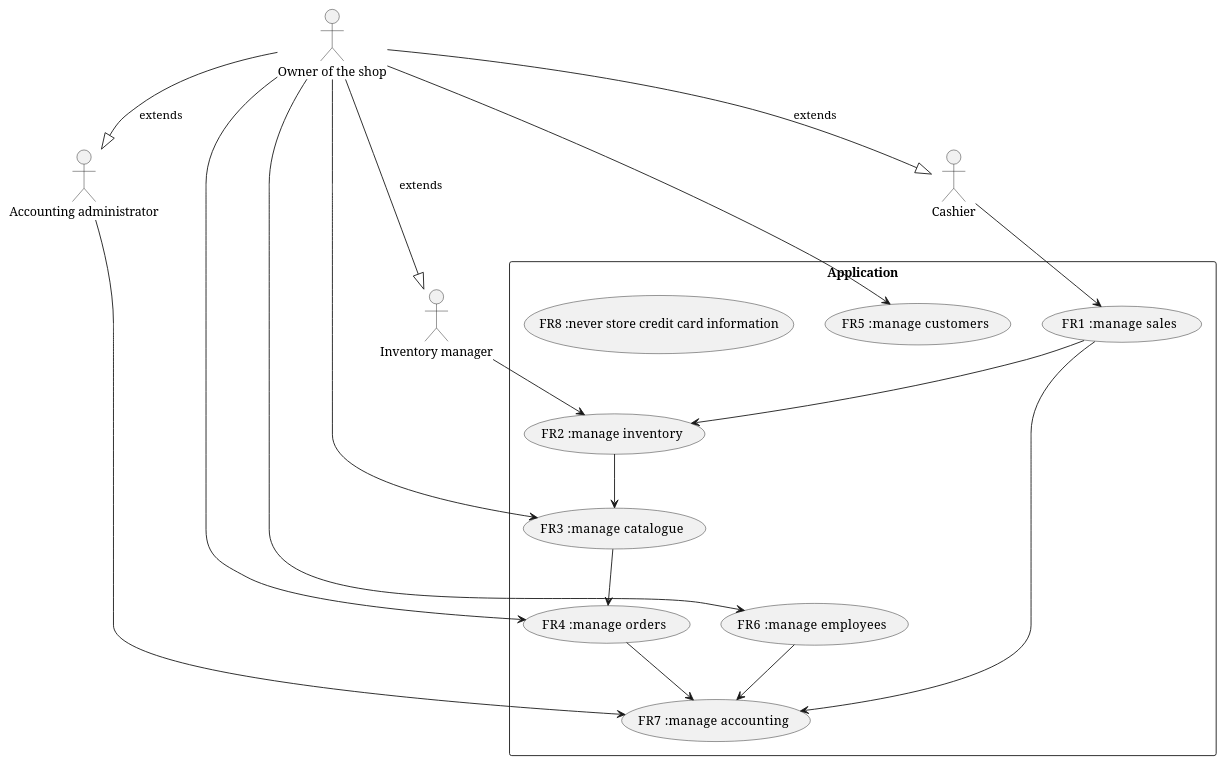
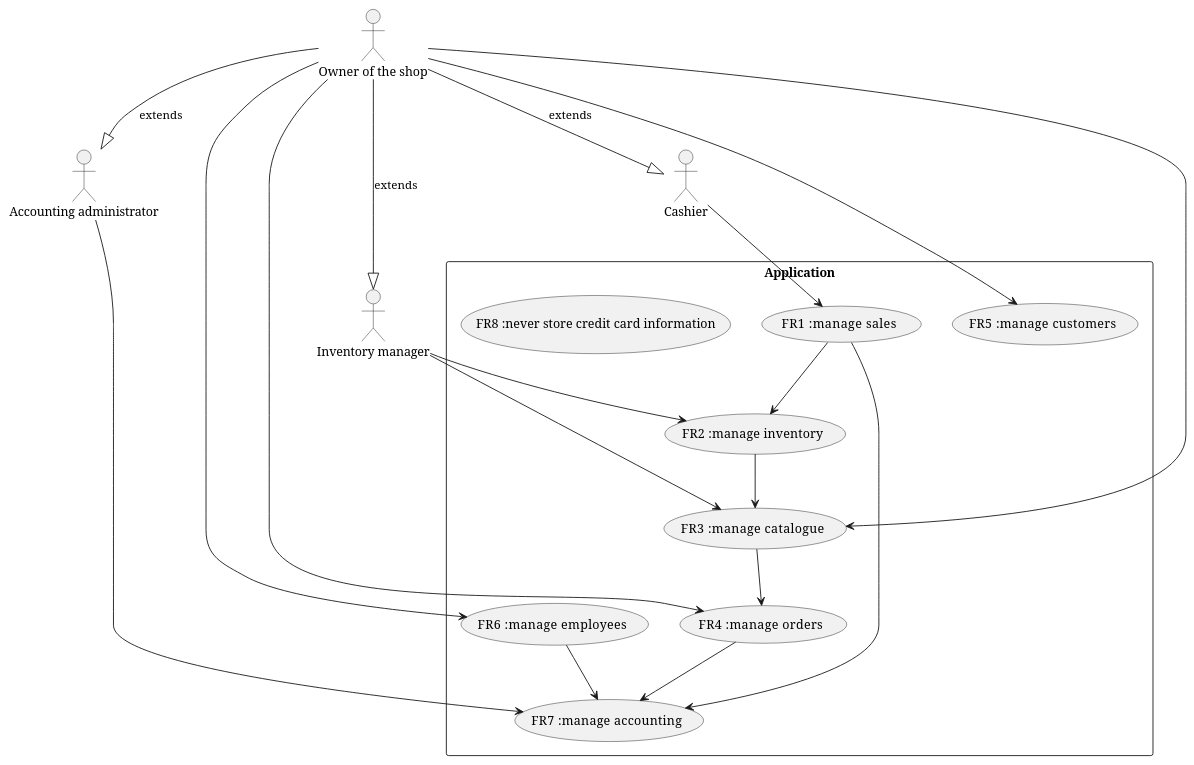
Before and after one commit to b3xul/ezshop: the second of 4 diagrams in Deliverables/RequirementsDocument.md, drawn with PlantUML. The commit also changed other lines of this file, not shown here.

````diff
--- a/Deliverables/RequirementsDocument.md
+++ b/Deliverables/RequirementsDocument.md
@@ -175,32 +174,33 @@
 ```plantuml
 @startuml
 rectangle Application {
 (FR1   :manage sales)
 (FR2   :manage inventory)
 (FR3   :manage catalogue)
 (FR4   :manage orders)
 (FR5   :manage customers)
 (FR6   :manage employees)
 (FR7   :manage accounting)
 (FR8   :never store credit card information)
 }
 
 :Owner of the shop: --|> :Cashier: : extends
 :Owner of the shop: --|> :Inventory manager: : extends
 :Owner of the shop: --> (FR3   :manage catalogue)
 :Owner of the shop: --> (FR4   :manage orders)
 :Owner of the shop: --> (FR5   :manage customers)
 :Owner of the shop: --> (FR6   :manage employees)
 :Owner of the shop: --|> :Accounting administrator: : extends
 :Inventory manager: --> (FR2   :manage inventory)
+:Inventory manager: --> (FR3   :manage catalogue)
 :Cashier: --> (FR1   :manage sales)
 :Accounting administrator: --> (FR7   :manage accounting)
 
 (FR1   :manage sales) --> (FR2   :manage inventory)
 (FR1   :manage sales) --> (FR7   :manage accounting)
 (FR4   :manage orders) --> (FR7   :manage accounting)
 (FR6   :manage employees) --> (FR7   :manage accounting)
 (FR2   :manage inventory) --> (FR3   :manage catalogue)
 (FR3   :manage catalogue) --> (FR4   :manage orders)
 @enduml
 ```
````
